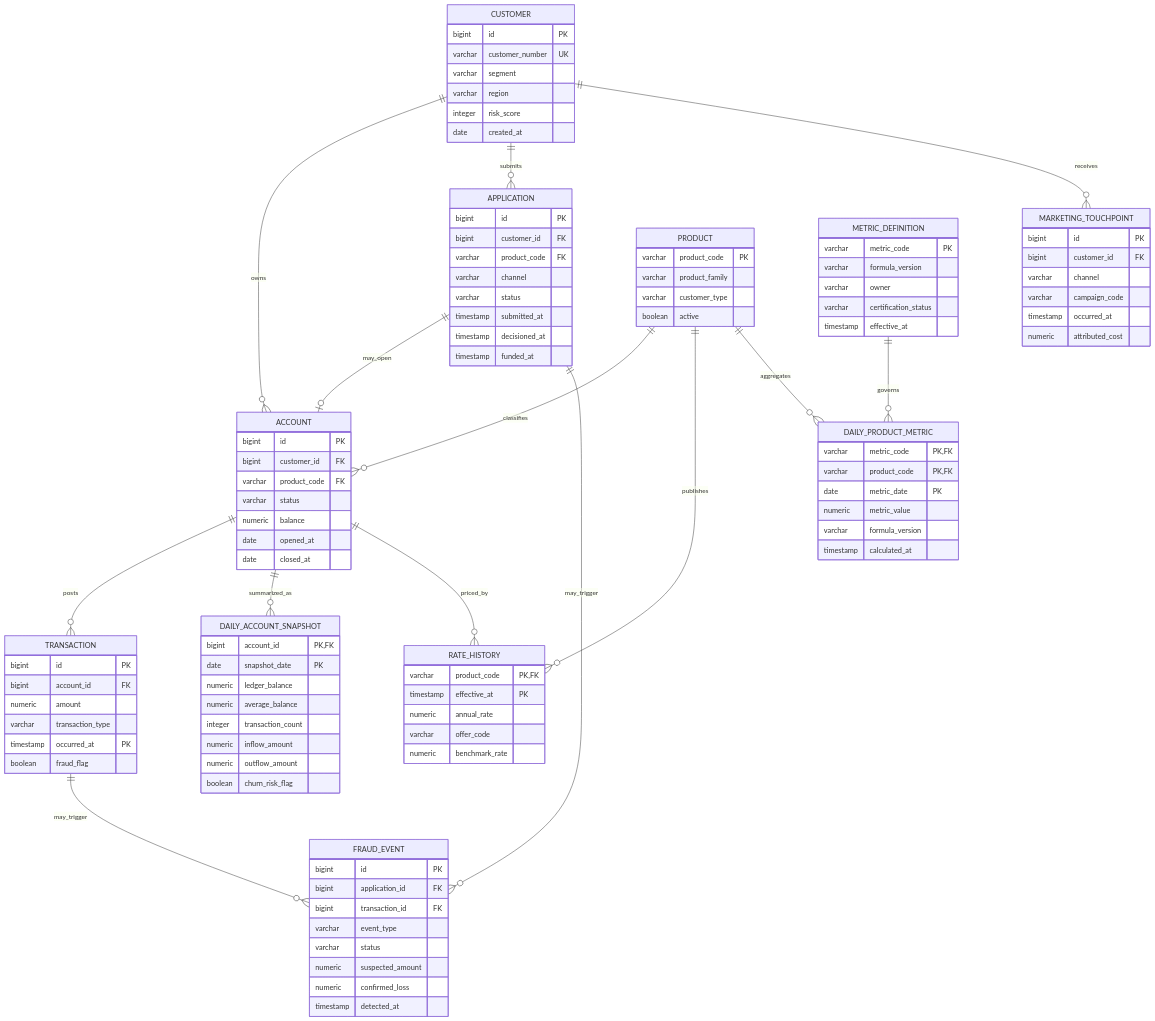
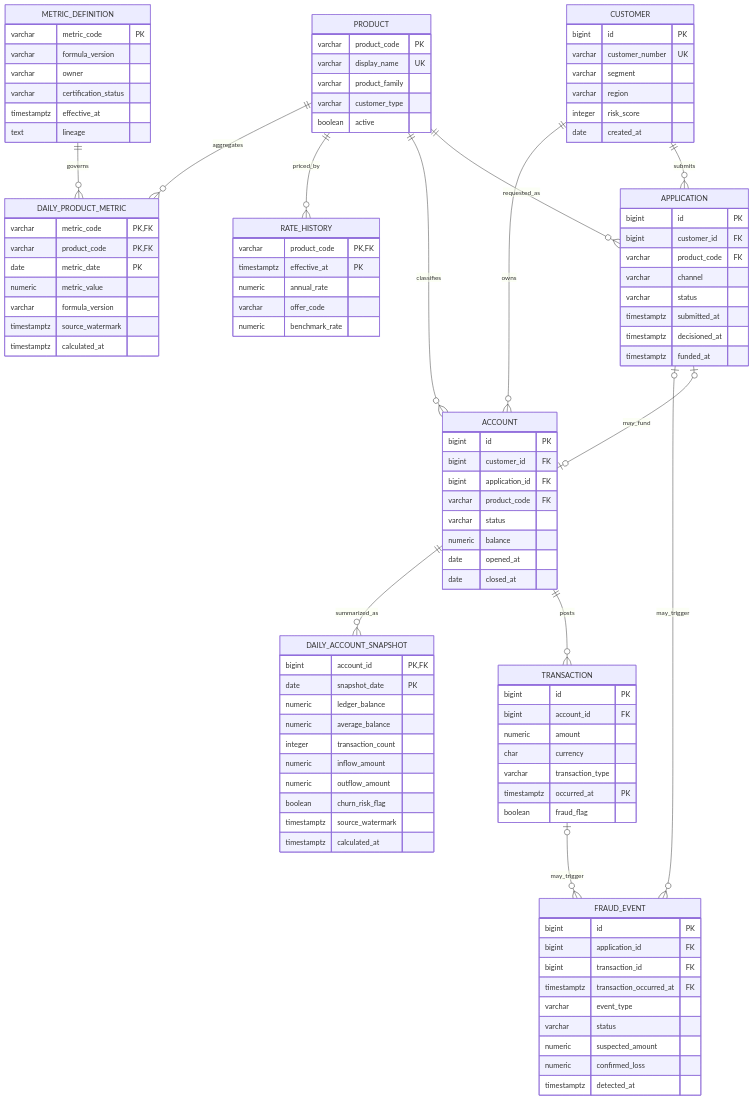
The diagram in docs/DATA_MODEL.md (zenobiuszeto/northstar-banking-metrics), drawn with Mermaid before and after one commit. The commit also changed other lines of this file and 35 other files, not shown here.

````diff
--- a/docs/DATA_MODEL.md
+++ b/docs/DATA_MODEL.md
@@ -7,16 +7,15 @@
 ```mermaid
 erDiagram
+    CUSTOMER ||--o{ APPLICATION : submits
     CUSTOMER ||--o{ ACCOUNT : owns
-    CUSTOMER ||--o{ APPLICATION : submits
-    CUSTOMER ||--o{ MARKETING_TOUCHPOINT : receives
+    PRODUCT ||--o{ APPLICATION : requested_as
+    PRODUCT ||--o{ ACCOUNT : classifies
+    PRODUCT ||--o{ RATE_HISTORY : priced_by
+    APPLICATION o|--o| ACCOUNT : may_fund
     ACCOUNT ||--o{ TRANSACTION : posts
+    APPLICATION o|--o{ FRAUD_EVENT : may_trigger
+    TRANSACTION o|--o{ FRAUD_EVENT : may_trigger
     ACCOUNT ||--o{ DAILY_ACCOUNT_SNAPSHOT : summarized_as
-    ACCOUNT ||--o{ RATE_HISTORY : priced_by
-    APPLICATION ||--o| ACCOUNT : may_open
-    APPLICATION ||--o{ FRAUD_EVENT : may_trigger
-    TRANSACTION ||--o{ FRAUD_EVENT : may_trigger
-    PRODUCT ||--o{ ACCOUNT : classifies
-    PRODUCT ||--o{ RATE_HISTORY : publishes
     PRODUCT ||--o{ DAILY_PRODUCT_METRIC : aggregates
     METRIC_DEFINITION ||--o{ DAILY_PRODUCT_METRIC : governs
 
@@ -30,13 +29,25 @@
     }
     PRODUCT {
       varchar product_code PK
+      varchar display_name UK
       varchar product_family
       varchar customer_type
       boolean active
     }
+    APPLICATION {
+      bigint id PK
+      bigint customer_id FK
+      varchar product_code FK
+      varchar channel
+      varchar status
+      timestamptz submitted_at
+      timestamptz decisioned_at
+      timestamptz funded_at
+    }
     ACCOUNT {
       bigint id PK
       bigint customer_id FK
+      bigint application_id FK
       varchar product_code FK
       varchar status
       numeric balance
@@ -47,19 +58,28 @@
       bigint id PK
       bigint account_id FK
       numeric amount
+      char currency
       varchar transaction_type
-      timestamp occurred_at PK
+      timestamptz occurred_at PK
       boolean fraud_flag
     }
-    APPLICATION {
+    FRAUD_EVENT {
       bigint id PK
-      bigint customer_id FK
-      varchar product_code FK
-      varchar channel
+      bigint application_id FK
+      bigint transaction_id FK
+      timestamptz transaction_occurred_at FK
+      varchar event_type
       varchar status
-      timestamp submitted_at
-      timestamp decisioned_at
-      timestamp funded_at
+      numeric suspected_amount
+      numeric confirmed_loss
+      timestamptz detected_at
+    }
+    RATE_HISTORY {
+      varchar product_code PK,FK
+      timestamptz effective_at PK
+      numeric annual_rate
+      varchar offer_code
+      numeric benchmark_rate
     }
     DAILY_ACCOUNT_SNAPSHOT {
       bigint account_id PK,FK
@@ -70,38 +90,16 @@
       numeric inflow_amount
       numeric outflow_amount
       boolean churn_risk_flag
-    }
-    RATE_HISTORY {
-      varchar product_code PK,FK
-      timestamp effective_at PK
-      numeric annual_rate
-      varchar offer_code
-      numeric benchmark_rate
-    }
-    MARKETING_TOUCHPOINT {
-      bigint id PK
-      bigint customer_id FK
-      varchar channel
-      varchar campaign_code
-      timestamp occurred_at
-      numeric attributed_cost
-    }
-    FRAUD_EVENT {
-      bigint id PK
-      bigint application_id FK
-      bigint transaction_id FK
-      varchar event_type
-      varchar status
-      numeric suspected_amount
-      numeric confirmed_loss
-      timestamp detected_at
+      timestamptz source_watermark
+      timestamptz calculated_at
     }
     METRIC_DEFINITION {
       varchar metric_code PK
       varchar formula_version
       varchar owner
       varchar certification_status
-      timestamp effective_at
+      timestamptz effective_at
+      text lineage
     }
     DAILY_PRODUCT_METRIC {
       varchar metric_code PK,FK
@@ -109,6 +107,7 @@
       date metric_date PK
       numeric metric_value
       varchar formula_version
-      timestamp calculated_at
+      timestamptz source_watermark
+      timestamptz calculated_at
     }
 ```
````
